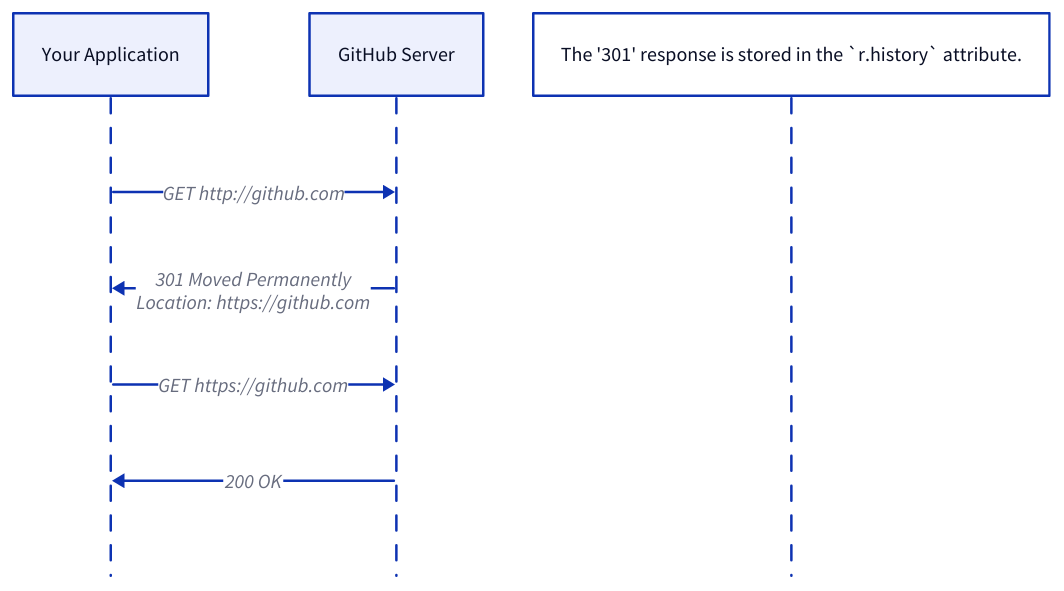
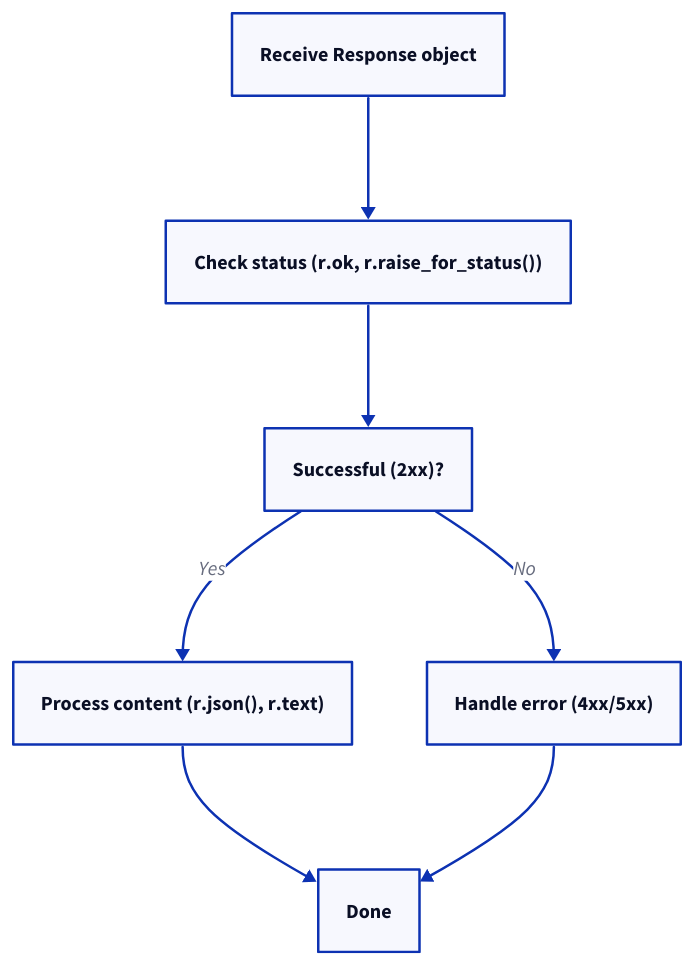
Before and after one commit to lban2049/requests: the diagram in .aigne/doc-smith/docs/user-guide-handling-responses.md, drawn with D2. The commit also changed other lines of this file and 31 other files, not shown here.

````diff
--- a/.aigne/doc-smith/docs/user-guide-handling-responses.md
+++ b/.aigne/doc-smith/docs/user-guide-handling-responses.md
@@ -164,13 +93,17 @@
 ```d2
-shape: sequence_diagram
+direction: down
 
-Client: "Your Application"
-Server: "GitHub Server"
+response: "Receive Response object"
+check_status: "Check status (r.ok, r.raise_for_status())"
+is_ok: "Successful (2xx)?"
+process: "Process content (r.json(), r.text)"
+handle_error: "Handle error (4xx/5xx)"
+done: "Done"
 
-Client -> Server: "GET http://github.com"
-Server -> Client: "301 Moved Permanently\nLocation: https://github.com"
-Client -> Server: "GET https://github.com"
-Server -> Client: "200 OK"
-
-note over Client, Server: "The '301' response is stored in the `r.history` attribute."
+response -> check_status
+check_status -> is_ok
+is_ok -> process: Yes
+is_ok -> handle_error: No
+process -> done
+handle_error -> done
 ```
````
